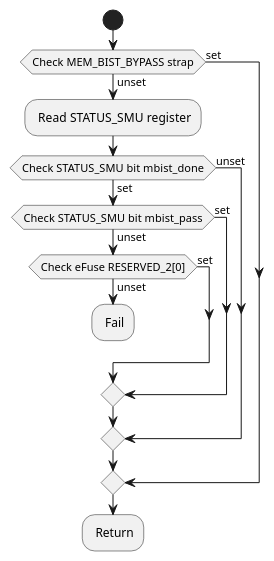
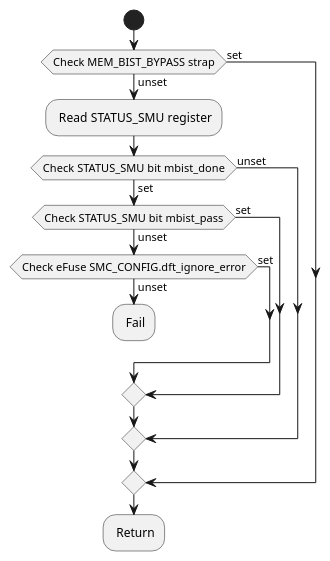
The first of 6 diagrams in doc/programmer/src/smc-programming.adoc (tenstorrent/tt-oca-harness), drawn with PlantUML before and after one commit. The commit also changed other lines of this file and 19 other files, not shown here.

```diff
--- a/doc/programmer/src/smc-programming.adoc
+++ b/doc/programmer/src/smc-programming.adoc
@@ -164,23 +165,23 @@
 [plantuml,ocah-smc-mbist-early_check,svg,scaledwidth=50.0%,align="center"]
 ----
 @startuml
 start
 if (Check MEM_BIST_BYPASS strap) then (set)
 else (unset)
   : Read STATUS_SMU register;
   if (Check STATUS_SMU bit mbist_done) then (unset)
   else (set)
     if (Check STATUS_SMU bit mbist_pass) then (set)
     else (unset)
-      if (Check eFuse RESERVED_2[0]) then (set)
+      if (Check eFuse SMC_CONFIG.dft_ignore_error) then (set)
       else (unset)
         : Fail;
         kill
       endif
     endif
   endif
 endif
 : Return;
 kill
 @enduml
 ----
```
